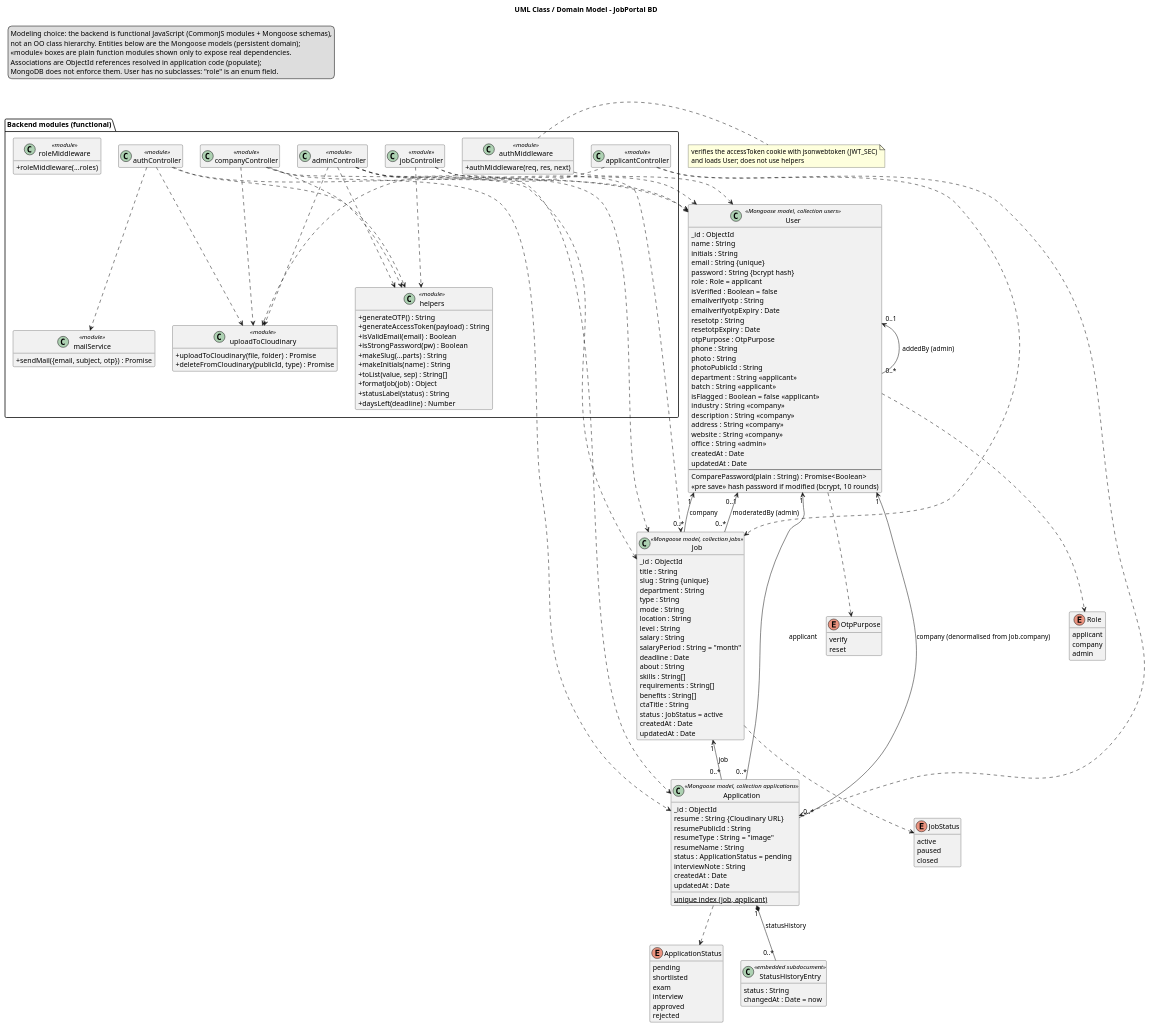
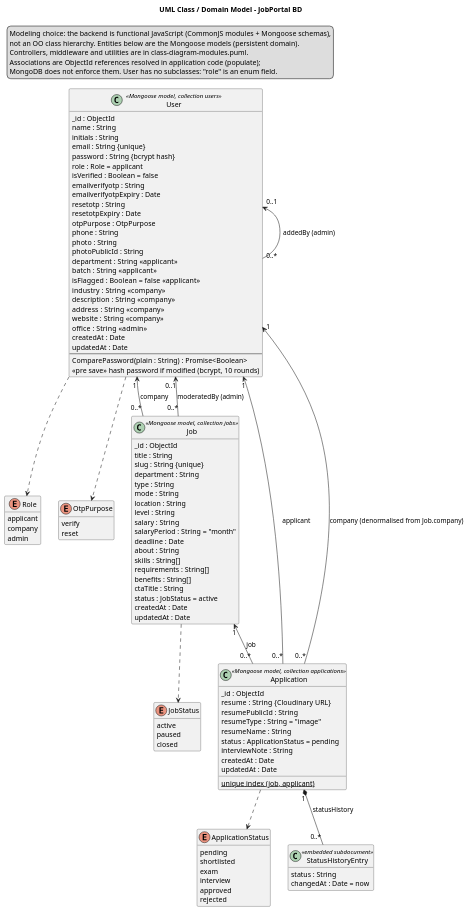
Before and after one commit to kaushikrajkamal-16/node-2601-exam: the diagram in docs/diagrams/class-diagram.puml, drawn with PlantUML. The commit also changed 61 other files, not shown here.

First line of the commit message:
docs: validate, fix and render all diagrams

```diff
--- a/docs/diagrams/class-diagram.puml
+++ b/docs/diagrams/class-diagram.puml
@@ -1,176 +1,121 @@
 @startuml class-diagram
 title UML Class / Domain Model - JobPortal BD
 skinparam shadowing false
 skinparam classAttributeIconSize 0
 hide empty members
 
 legend top left
   Modeling choice: the backend is functional JavaScript (CommonJS modules + Mongoose schemas),
-  not an OO class hierarchy. Entities below are the Mongoose models (persistent domain);
-  <<module>> boxes are plain function modules shown only to expose real dependencies.
+  not an OO class hierarchy. Entities below are the Mongoose models (persistent domain).
+  Controllers, middleware and utilities are in class-diagram-modules.puml.
   Associations are ObjectId references resolved in application code (populate);
   MongoDB does not enforce them. User has no subclasses: "role" is an enum field.
 endlegend
 
 enum Role {
   applicant
   company
   admin
 }
 enum JobStatus {
   active
   paused
   closed
 }
 enum ApplicationStatus {
   pending
   shortlisted
   exam
   interview
   approved
   rejected
 }
 enum OtpPurpose {
   verify
   reset
 }
 
 class User <<Mongoose model, collection users>> {
   _id : ObjectId
   name : String
   initials : String
   email : String {unique}
   password : String {bcrypt hash}
   role : Role = applicant
   isVerified : Boolean = false
   emailverifyotp : String
   emailverifyotpExpiry : Date
   resetotp : String
   resetotpExpiry : Date
   otpPurpose : OtpPurpose
   phone : String
   photo : String
   photoPublicId : String
   department : String  <<applicant>>
   batch : String  <<applicant>>
   isFlagged : Boolean = false  <<applicant>>
   industry : String  <<company>>
   description : String  <<company>>
   address : String  <<company>>
   website : String  <<company>>
   office : String  <<admin>>
   createdAt : Date
   updatedAt : Date
   --
   ComparePassword(plain : String) : Promise<Boolean>
   <<pre save>> hash password if modified (bcrypt, 10 rounds)
 }
 
 class Job <<Mongoose model, collection jobs>> {
   _id : ObjectId
   title : String
   slug : String {unique}
   department : String
   type : String
   mode : String
   location : String
   level : String
   salary : String
   salaryPeriod : String = "month"
   deadline : Date
   about : String
   skills : String[]
   requirements : String[]
   benefits : String[]
   ctaTitle : String
   status : JobStatus = active
   createdAt : Date
   updatedAt : Date
 }
 
 class Application <<Mongoose model, collection applications>> {
   _id : ObjectId
   resume : String  {Cloudinary URL}
   resumePublicId : String
   resumeType : String = "image"
   resumeName : String
   status : ApplicationStatus = pending
   interviewNote : String
   createdAt : Date
   updatedAt : Date
   {static} unique index (job, applicant)
 }
 
 class StatusHistoryEntry <<embedded subdocument>> {
   status : String
   changedAt : Date = now
 }
 
 User "1" <-- "0..*" Job : company
 User "0..1" <-- "0..*" Job : moderatedBy (admin)
 User "0..1" <-- "0..*" User : addedBy (admin)
 Job "1" <-- "0..*" Application : job
 User "1" <-- "0..*" Application : applicant
 User "1" <-- "0..*" Application : company (denormalised from Job.company)
 Application "1" *-- "0..*" StatusHistoryEntry : statusHistory
 
 User ..> Role
 User ..> OtpPurpose
 Job ..> JobStatus
 Application ..> ApplicationStatus
-
-package "Backend modules (functional)" {
-  class authController <<module>>
-  class applicantController <<module>>
-  class companyController <<module>>
-  class adminController <<module>>
-  class jobController <<module>>
-  class authMiddleware <<module>> {
-    +authMiddleware(req, res, next)
-  }
-  class roleMiddleware <<module>> {
-    +roleMiddleware(...roles)
-  }
-  class helpers <<module>> {
-    +generateOTP() : String
-    +generateAccessToken(payload) : String
-    +isValidEmail(email) : Boolean
-    +isStrongPassword(pw) : Boolean
-    +makeSlug(...parts) : String
-    +makeInitials(name) : String
-    +toList(value, sep) : String[]
-    +formatJob(job) : Object
-    +statusLabel(status) : String
-    +daysLeft(deadline) : Number
-  }
-  class mailService <<module>> {
-    +sendMail({email, subject, otp}) : Promise
-  }
-  class uploadToCloudinary <<module>> {
-    +uploadToCloudinary(file, folder) : Promise
-    +deleteFromCloudinary(publicId, type) : Promise
-  }
-}
-
-authController ..> User
-authController ..> helpers
-authController ..> mailService
-authController ..> uploadToCloudinary
-applicantController ..> Job
-applicantController ..> Application
-applicantController ..> uploadToCloudinary
-companyController ..> Job
-companyController ..> Application
-companyController ..> helpers
-companyController ..> uploadToCloudinary
-adminController ..> User
-adminController ..> Job
-adminController ..> Application
-adminController ..> uploadToCloudinary
-adminController ..> helpers
-jobController ..> Job
-jobController ..> User
-jobController ..> helpers
-authMiddleware ..> User
-note right of authMiddleware : verifies the accessToken cookie with jsonwebtoken (JWT_SEC)\nand loads User; does not use helpers
 @enduml
```
